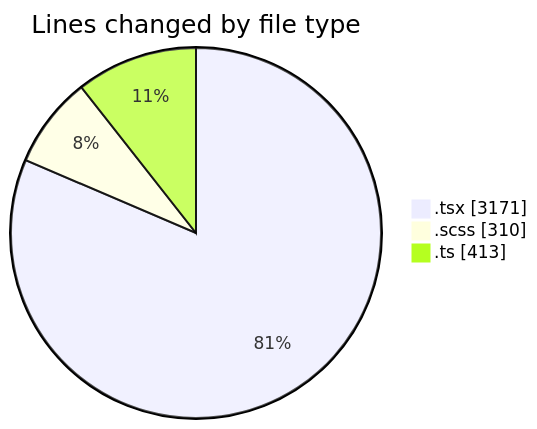
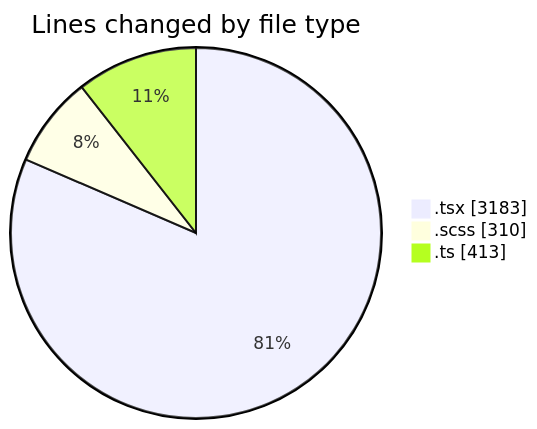
Before and after one commit to momahboobian/code-tracking: the first of 2 diagrams in 2026-05-01/cda/README.md, drawn with Mermaid. The commit also changed other lines of this file and 1 other file, not shown here.

````diff
--- a/2026-05-01/cda/README.md
+++ b/2026-05-01/cda/README.md
@@ -62,7 +62,7 @@
 ```mermaid
 pie showData
 title Lines changed by file type
-".tsx" : 3171
+".tsx" : 3183
 ".scss" : 310
 ".ts" : 413
 ```
````
